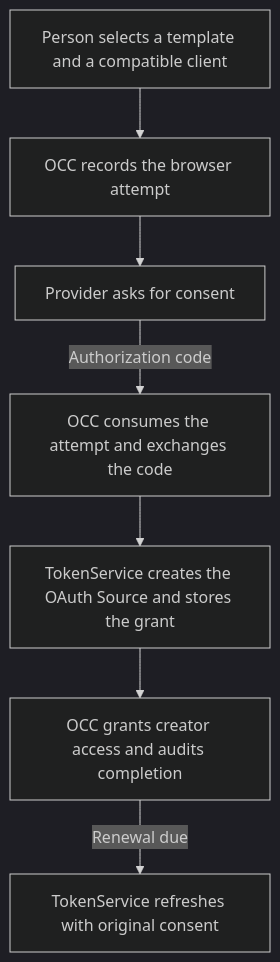
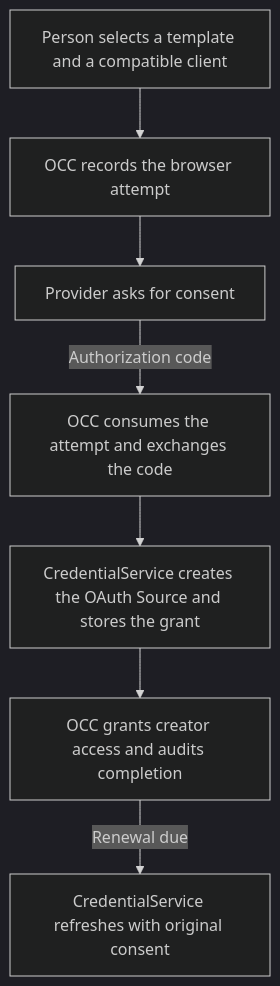
The second of 2 diagrams in docs/flows/connection-templates.md (openclaw/openclaw-enterprise), drawn with Mermaid (dark theme) before and after one commit. The commit also changed other lines of this file and 418 other files, not shown here.

Commit message:
Rename credential custody owner to CredentialService

````diff
--- a/docs/flows/connection-templates.md
+++ b/docs/flows/connection-templates.md
@@ -36,9 +36,9 @@
 ```mermaid
 graph TD
   Start["Person selects a template and a compatible client"] --> Attempt["OCC records the browser attempt"]
   Attempt --> Provider["Provider asks for consent"]
   Provider -->|Authorization code| Callback["OCC consumes the attempt and exchanges the code"]
-  Callback --> Custody["TokenService creates the OAuth Source and stores the grant"]
+  Callback --> Custody["CredentialService creates the OAuth Source and stores the grant"]
   Custody --> IAM["OCC grants creator access and audits completion"]
-  IAM -->|Renewal due| Renew["TokenService refreshes with original consent"]
+  IAM -->|Renewal due| Renew["CredentialService refreshes with original consent"]
 ```
````
